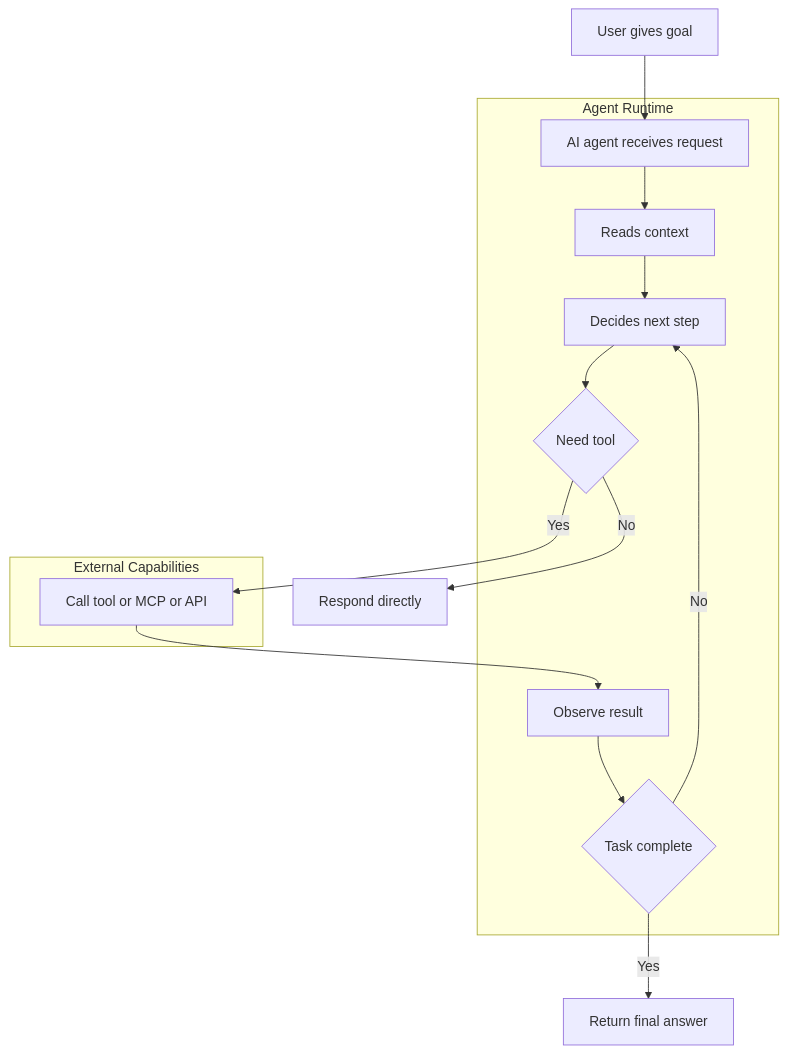
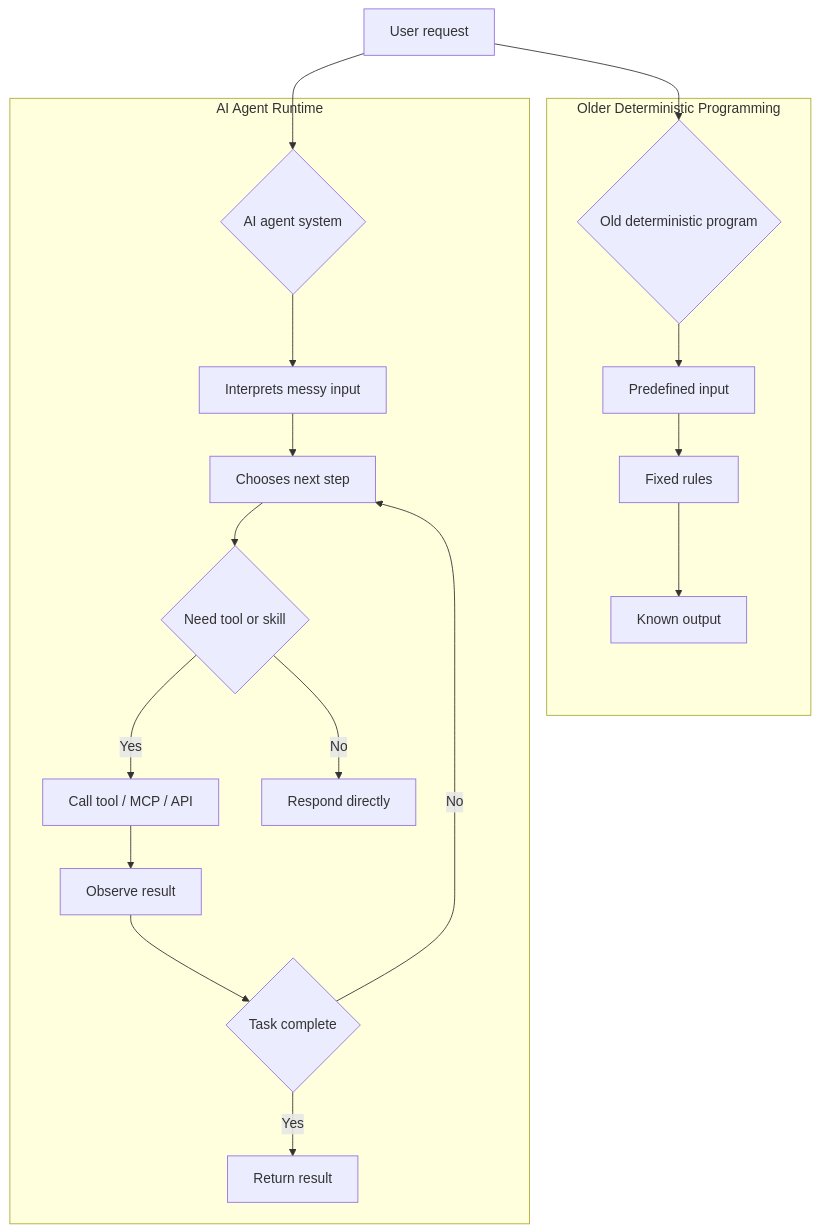
The diagram in Projects/Ai agent.md (Pukujan/private-study-log), drawn with Mermaid before and after one commit.

Commit message:
Update Ai agent.md

````diff
--- a/Projects/Ai agent.md
+++ b/Projects/Ai agent.md
@@ -1,26 +1,39 @@
 ```mermaid
 flowchart TD
-    A[User gives goal] --> B[AI agent receives request]
-    B --> C[Reads context]
-    C --> D[Decides next step]
-    D --> E{Need tool}
-    E -- No --> F[Respond directly]
-    E -- Yes --> G[Call tool or MCP or API]
-    G --> H[Observe result]
-    H --> I{Task complete}
-    I -- No --> D
-    I -- Yes --> J[Return final answer]
+    A[User request] --> B{Old deterministic program}
 
-    subgraph Runtime[Agent Runtime]
+    B --> C[Predefined input]
+    C --> D[Fixed rules]
+    D --> E[Known output]
+
+    A --> F{AI agent system}
+
+    F --> G[Interprets messy input]
+    G --> H[Chooses next step]
+    H --> I{Need tool or skill}
+    I -- Yes --> J[Call tool / MCP / API]
+    I -- No --> K[Respond directly]
+    J --> L[Observe result]
+    L --> M{Task complete}
+    M -- No --> H
+    M -- Yes --> N[Return result]
+
+    subgraph OldProgramming[Older Deterministic Programming]
         B
         C
         D
         E
+    end
+
+    subgraph AgentProgramming[AI Agent Runtime]
+        F
+        G
         H
         I
-    end
-
-    subgraph Tools[External Capabilities]
-        G
+        J
+        K
+        L
+        M
+        N
     end
 ```
````
